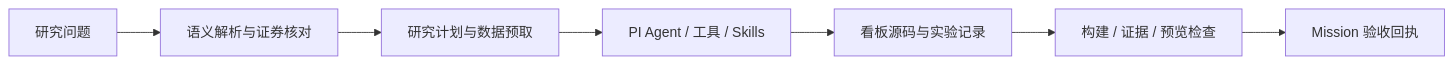
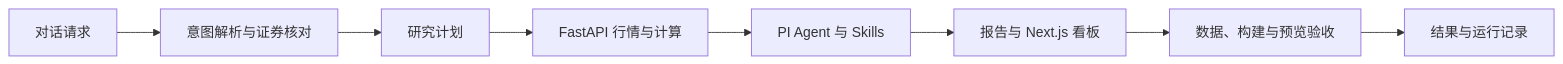
One commit to xbzz1018/SignalForge changed the diagram in README.md. Above: the diagram before and after it, drawn with Mermaid. The commit also changed other lines of this file and 221 other files, not shown here.

````diff
--- a/README.md
+++ b/README.md
@@ -36,9 +30,10 @@
 ```mermaid
 flowchart LR
-  A[研究问题] --> B[语义解析与证券核对]
-  B --> C[研究计划与数据预取]
-  C --> D[PI Agent / 工具 / Skills]
-  D --> E[看板源码与实验记录]
-  E --> F[构建 / 证据 / 预览检查]
-  F --> G[Mission 验收回执]
+  A[对话请求] --> B[意图解析与证券核对]
+  B --> C[研究计划]
+  C --> D[FastAPI 行情与计算]
+  D --> E[PI Agent 与 Skills]
+  E --> F[报告与 Next.js 看板]
+  F --> G[数据、构建与预览验收]
+  G --> H[结果与运行记录]
 ```
````
